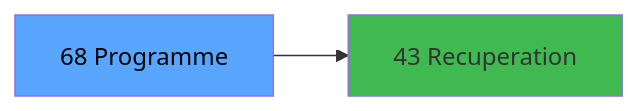
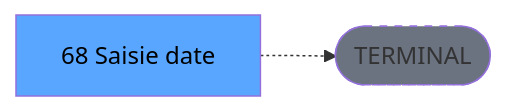
The third of 3 diagrams in .openspec/specs/ADH-IDE-68.md (thonyAGP/lecteur-magic), drawn with Mermaid before and after one commit. The commit also changed other lines of this file and 701 other files, not shown here.

````diff
--- a/.openspec/specs/ADH-IDE-68.md
+++ b/.openspec/specs/ADH-IDE-68.md
@@ -139,8 +134,8 @@
 ```mermaid
 graph LR
-    T[68 Programme]
-    C43[43 Recuperation]
-    T --> C43
+    T[68  Saisie date]
+    TERM([TERMINAL])
+    T -.-> TERM
+    style TERM fill:#6b7280,stroke-dasharray: 5 5
     style T fill:#58a6ff,color:#000
-    style C43 fill:#3fb950
 ```
````
